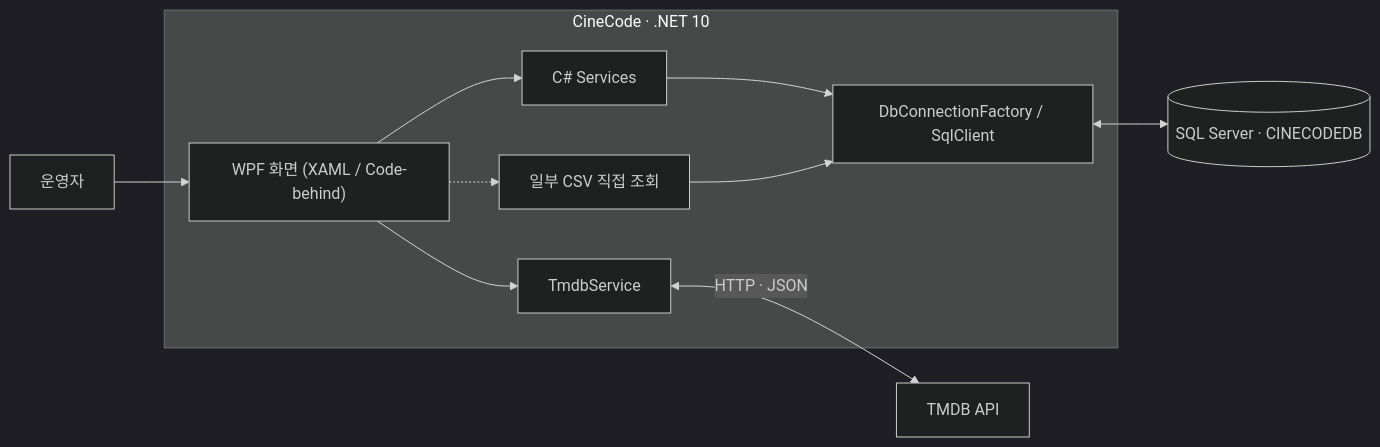
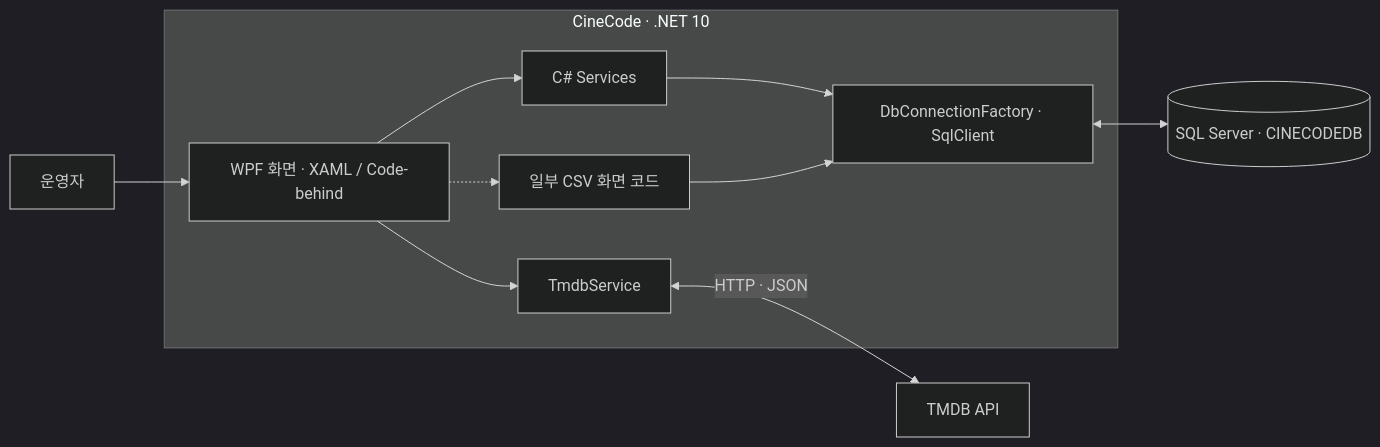
The second of 2 diagrams in README.md (SkyBluekor/CineCode-Project), drawn with Mermaid (dark theme) before and after one commit. The commit also changed other lines of this file, not shown here.

Commit message:
docs: restructure CineCode README around product features, architecture, and verified integration cases

````diff
--- a/README.md
+++ b/README.md
@@ -89,13 +69,13 @@
 ```mermaid
 flowchart LR
-    Admin["운영자"] --> UI["WPF 화면 (XAML / Code-behind)"]
+    User["운영자"] --> UI["WPF 화면 · XAML / Code-behind"]
     subgraph App["CineCode · .NET 10"]
-        UI --> S["C# Services"]
-        UI --> T["TmdbService"]
-        UI -.-> C["일부 CSV 직접 조회"]
-        S --> D["DbConnectionFactory / SqlClient"]
-        C --> D
+        UI --> Service["C# Services"]
+        UI --> Tmdb["TmdbService"]
+        UI -.-> Csv["일부 CSV 화면 코드"]
+        Service --> SqlClient["DbConnectionFactory · SqlClient"]
+        Csv --> SqlClient
     end
-    T <-->|"HTTP · JSON"| API["TMDB API"]
-    D <--> DB[("SQL Server · CINECODEDB")]
+    Tmdb <-->|"HTTP · JSON"| API["TMDB API"]
+    SqlClient <--> DB[("SQL Server · CINECODEDB")]
 ```
````
